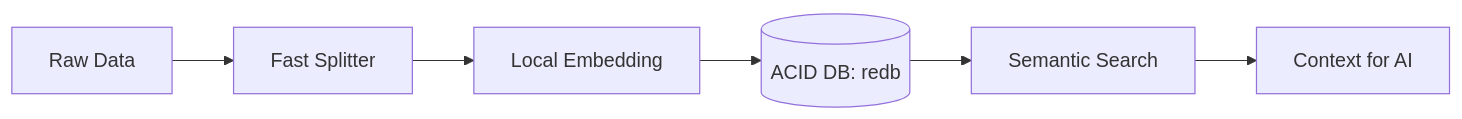
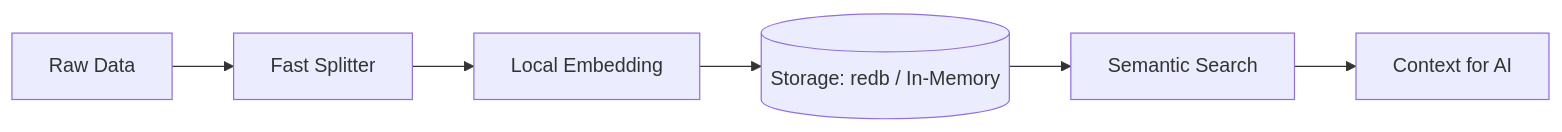
Before and after one commit to tasaburoyamada/stratum: the diagram in README.md, drawn with Mermaid. The commit also changed other lines of this file and 2 other files, not shown here.

Commit message:
docs: update benchmarking results and usage instructions for in-memory and python binding features

````diff
--- a/README.md
+++ b/README.md
@@ -22,8 +24,8 @@
 ```mermaid
 graph LR
     A[Raw Data] --> B[Fast Splitter]
     B --> C[Local Embedding]
-    C --> D[(ACID DB: redb)]
+    C --> D[(Storage: redb / In-Memory)]
     D --> E[Semantic Search]
     E --> F[Context for AI]
 ```
````
